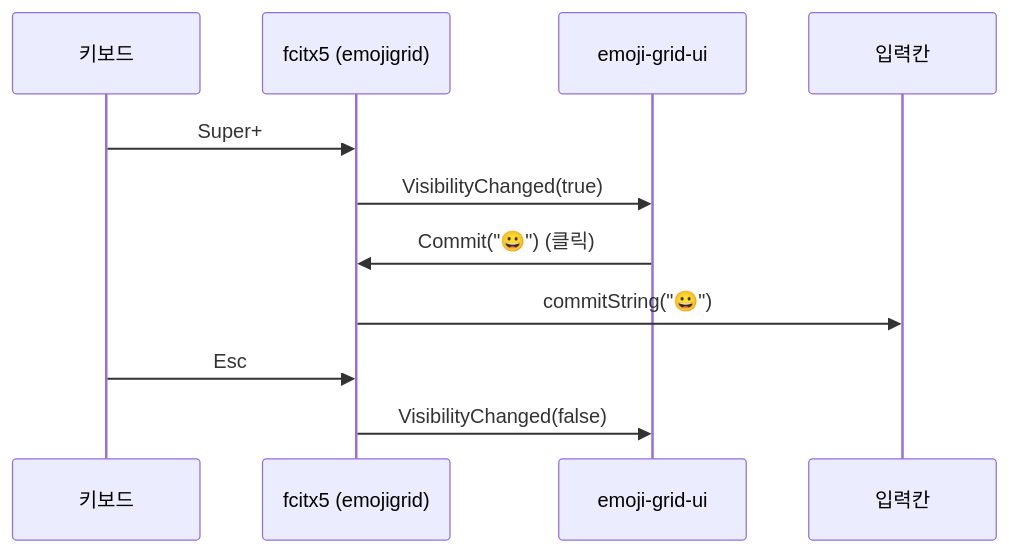
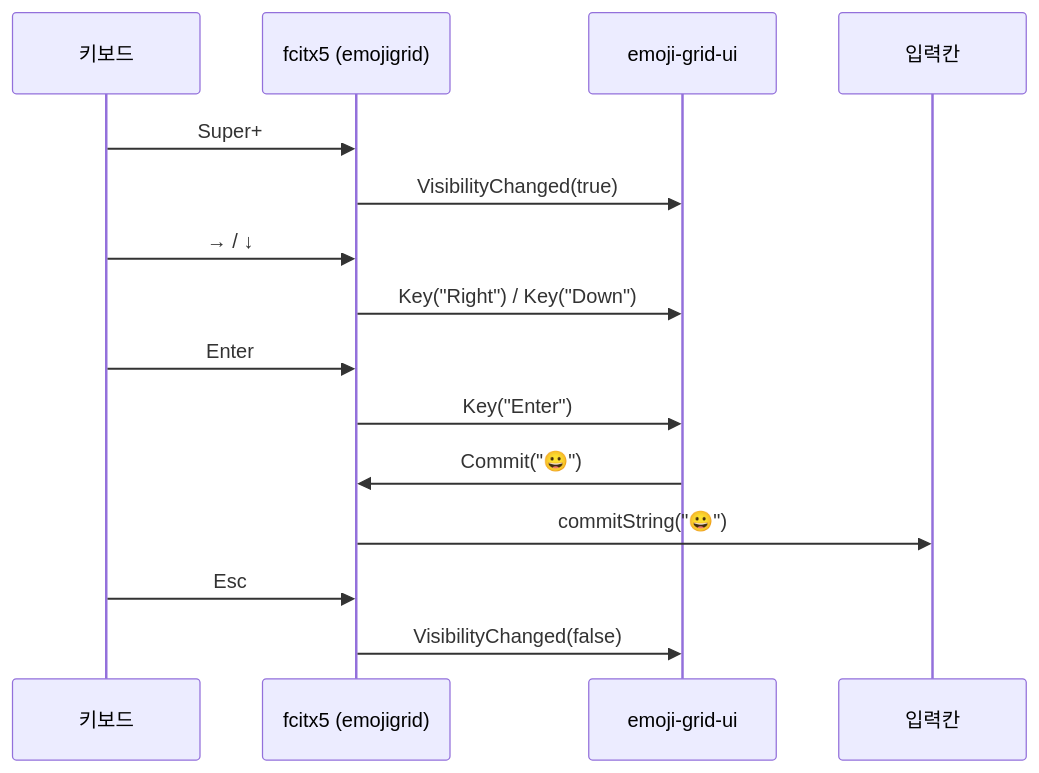
One commit to Camof1ow/fcitx5-emoji-grid changed the diagram in README.md. Above: the diagram before and after it, drawn with Mermaid. The commit also changed other lines of this file and 2 other files, not shown here.

Commit message:
feat: 방향키·Enter·Tab으로 이모지 선택
- 애드온이 창이 열린 동안 방향키·Enter·Tab·Shift+Tab을 가로채 Key(s) 신호로 넘긴다.
- UI가 선택 칸 표시·이동·스크롤, Enter 입력, 탭 순환을 처리한다.

````diff
--- a/README.md
+++ b/README.md
@@ -24,13 +25,17 @@
 ```mermaid
 sequenceDiagram
     participant K as 키보드
     participant F as fcitx5 (emojigrid)
     participant U as emoji-grid-ui
     participant A as 입력칸
     K->>F: Super+;
     F->>U: VisibilityChanged(true)
-    U->>F: Commit("😀") (클릭)
+    K->>F: → / ↓
+    F->>U: Key("Right") / Key("Down")
+    K->>F: Enter
+    F->>U: Key("Enter")
+    U->>F: Commit("😀")
     F->>A: commitString("😀")
     K->>F: Esc
     F->>U: VisibilityChanged(false)
 ```
````
